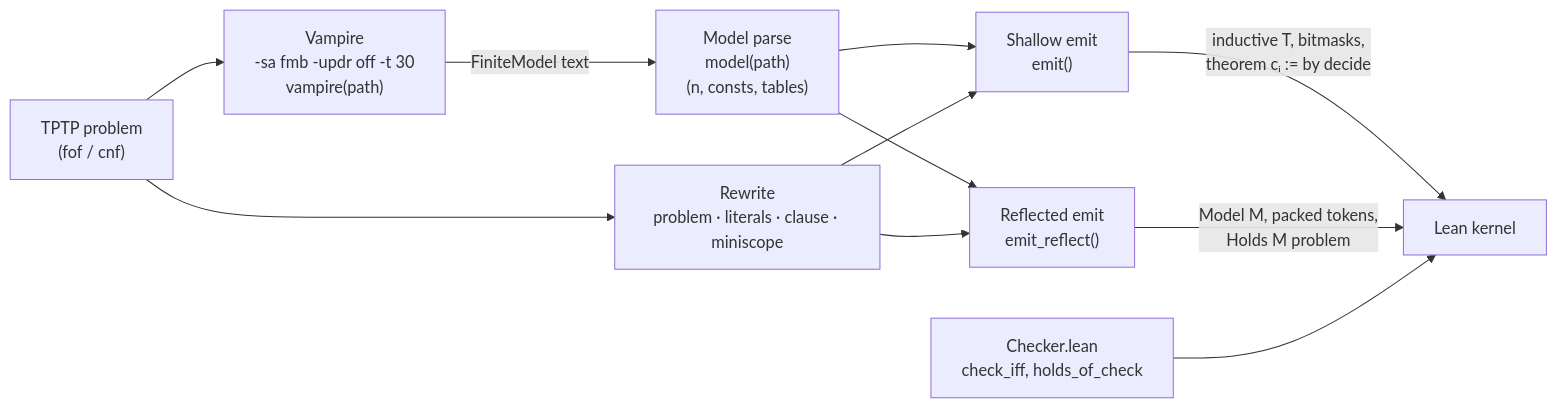
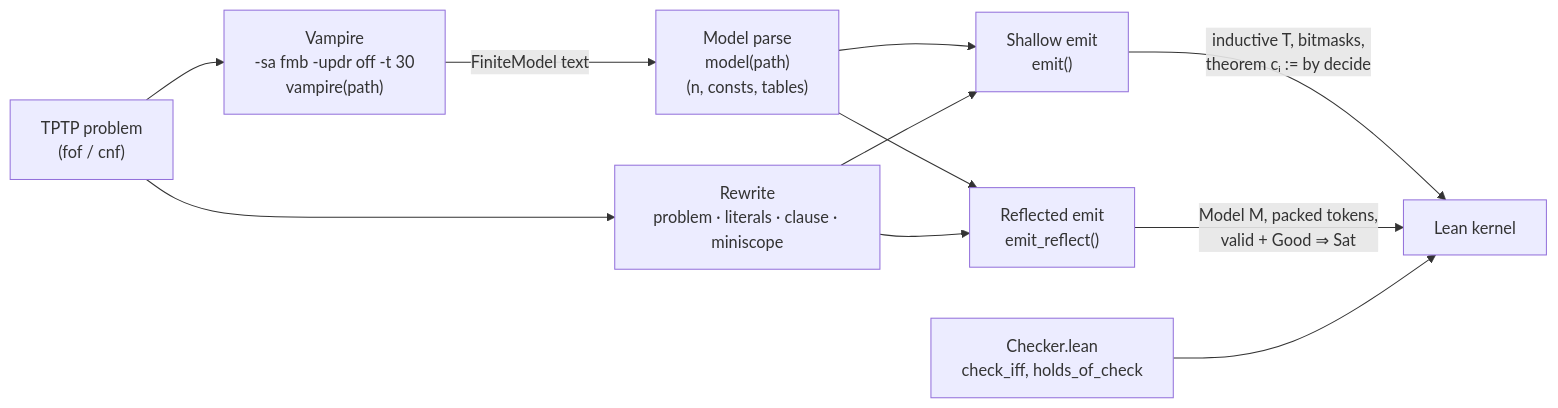
One commit to exponentlabshq/lean-countermodel changed the diagram in paper/whitepaper.md. Above: the diagram before and after it, drawn with Mermaid. The commit also changed other lines of this file and 23 other files, not shown here.

````diff
--- a/paper/whitepaper.md
+++ b/paper/whitepaper.md
@@ -147,13 +152,13 @@
 ```mermaid
 flowchart LR
     P["TPTP problem<br/>(fof / cnf)"] --> V["Vampire<br/>-sa fmb -updr off -t 30<br/>vampire(path)"]
     V -->|"FiniteModel text"| M["Model parse<br/>model(path)<br/>(n, consts, tables)"]
     P --> R["Rewrite<br/>problem · literals · clause · miniscope"]
     M --> S["Shallow emit<br/>emit()"]
     M --> F["Reflected emit<br/>emit_reflect()"]
     R --> S
     R --> F
     S -->|"inductive T, bitmasks,<br/>theorem cᵢ := by decide"| K["Lean kernel"]
-    F -->|"Model M, packed tokens,<br/>Holds M problem"| K
+    F -->|"Model M, packed tokens,<br/>valid + Good ⇒ Sat"| K
     C["Checker.lean<br/>check_iff, holds_of_check"] --> K
 ```
````
